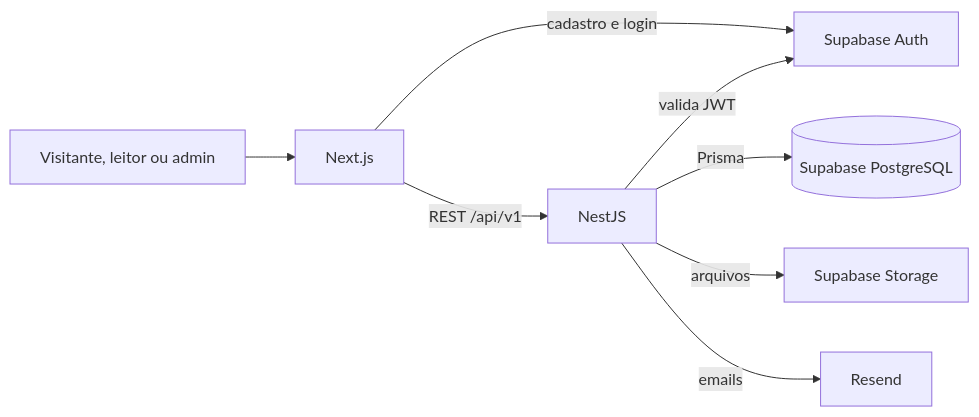
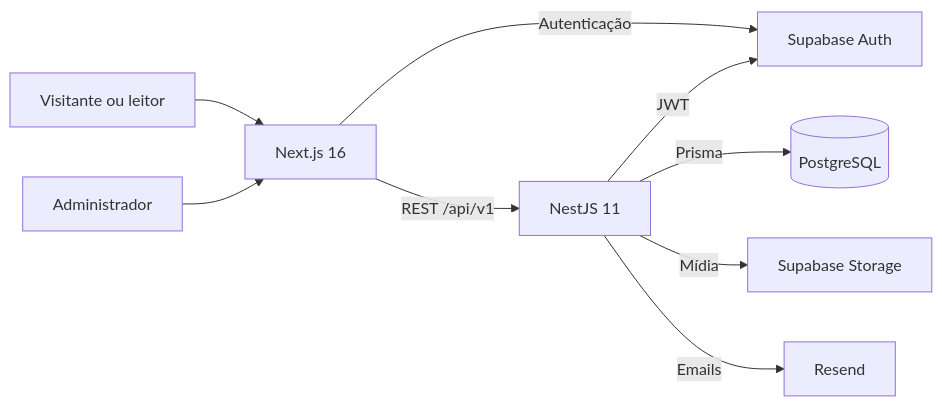
The diagram in README.md (vavito/vavito_archives), drawn with Mermaid before and after one commit. The commit also changed other lines of this file and 3 other files, not shown here.

````diff
--- a/README.md
+++ b/README.md
@@ -132,10 +49,11 @@
 ```mermaid
 flowchart LR
-    USER[Visitante, leitor ou admin] --> WEB[Next.js]
-    WEB -->|REST /api/v1| API[NestJS]
-    WEB -->|cadastro e login| AUTH[Supabase Auth]
-    API -->|valida JWT| AUTH
-    API -->|Prisma| DB[(Supabase PostgreSQL)]
-    API -->|arquivos| STORAGE[Supabase Storage]
-    API -->|emails| RESEND[Resend]
+    READER[Visitante ou leitor] --> WEB[Next.js 16]
+    ADMIN[Administrador] --> WEB
+    WEB -->|REST /api/v1| API[NestJS 11]
+    WEB -->|Autenticação| AUTH[Supabase Auth]
+    API -->|JWT| AUTH
+    API -->|Prisma| DB[(PostgreSQL)]
+    API -->|Mídia| STORAGE[Supabase Storage]
+    API -->|Emails| RESEND[Resend]
 ```
````
